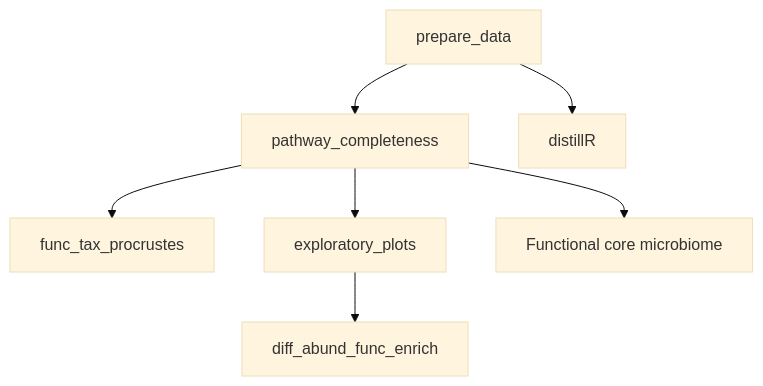
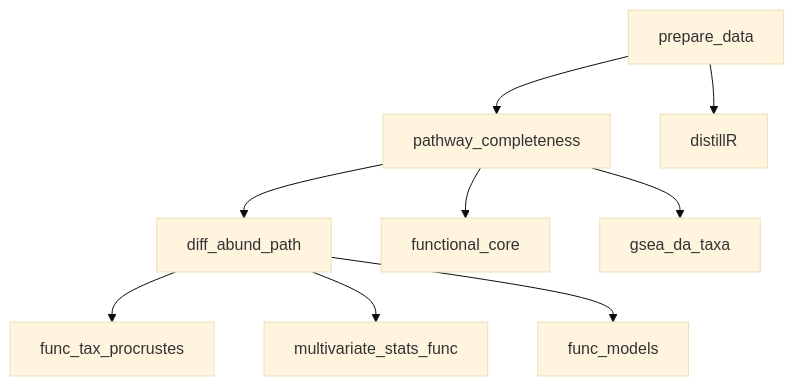
One commit to markella-moraitou/mammal_oral_microbiome_stats changed the second of 3 diagrams in README.md. Above: the diagram before and after it, drawn with Mermaid (base theme). The commit also changed 5 other files, not shown here.

````diff
--- a/README.md
+++ b/README.md
@@ -19,9 +19,11 @@
 ```mermaid
 flowchart TD;
     A[prepare_data]-->B[pathway_completeness];
-    A-->D[distillR];
-    B-->C[func_tax_procrustes];
-    B-->E[exploratory_plots];
-    B-->F[Functional core microbiome];
-    E-->G[diff_abund_func_enrich]
+    B-->C[diff_abund_path];
+    B-->D[functional_core];
+    B-->E[gsea_da_taxa];
+    A-->F[distillR];
+    C-->G[func_tax_procrustes];
+    C-->H[multivariate_stats_func];
+    C-->I[func_models];
 ```
````
